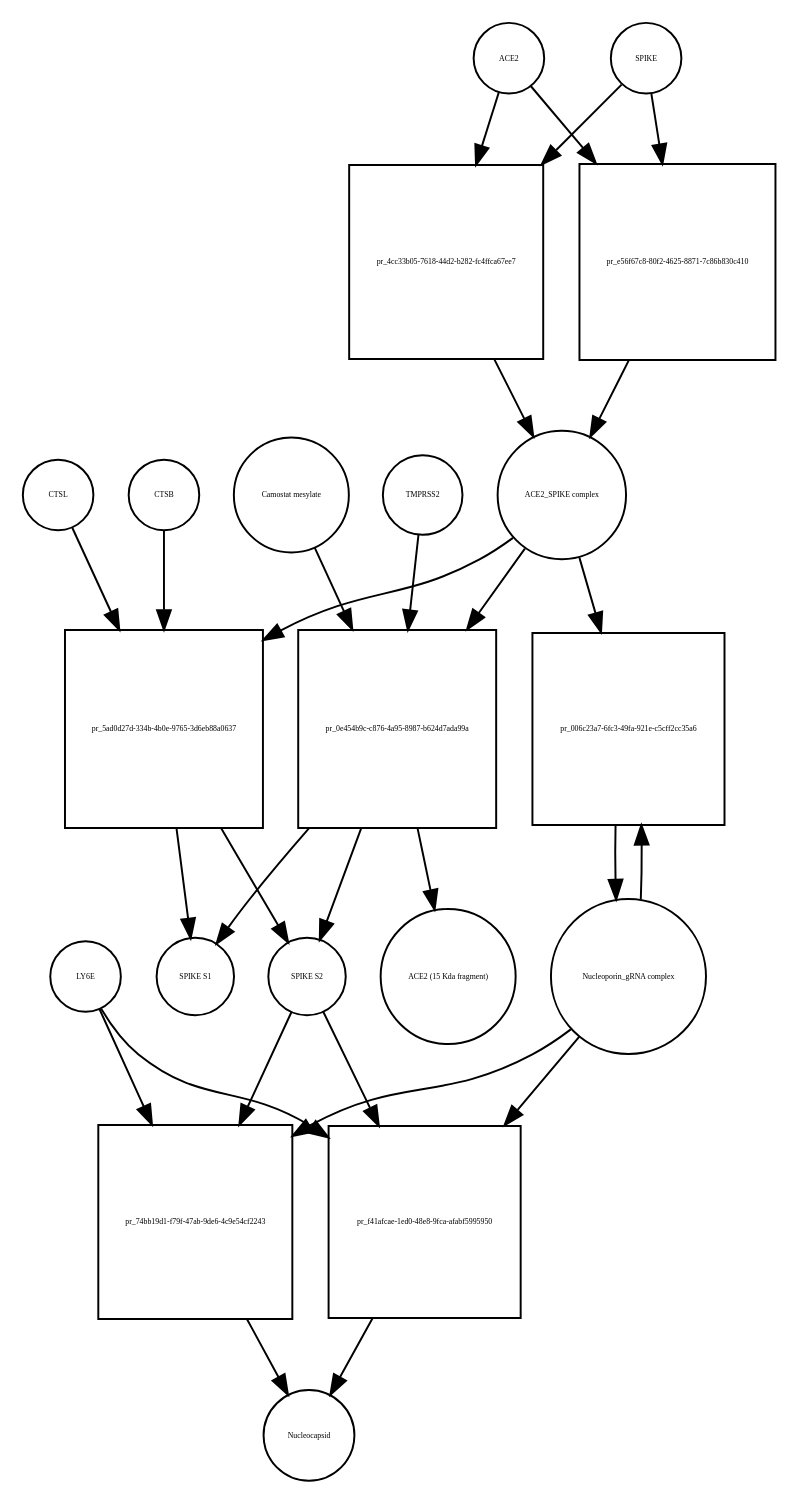
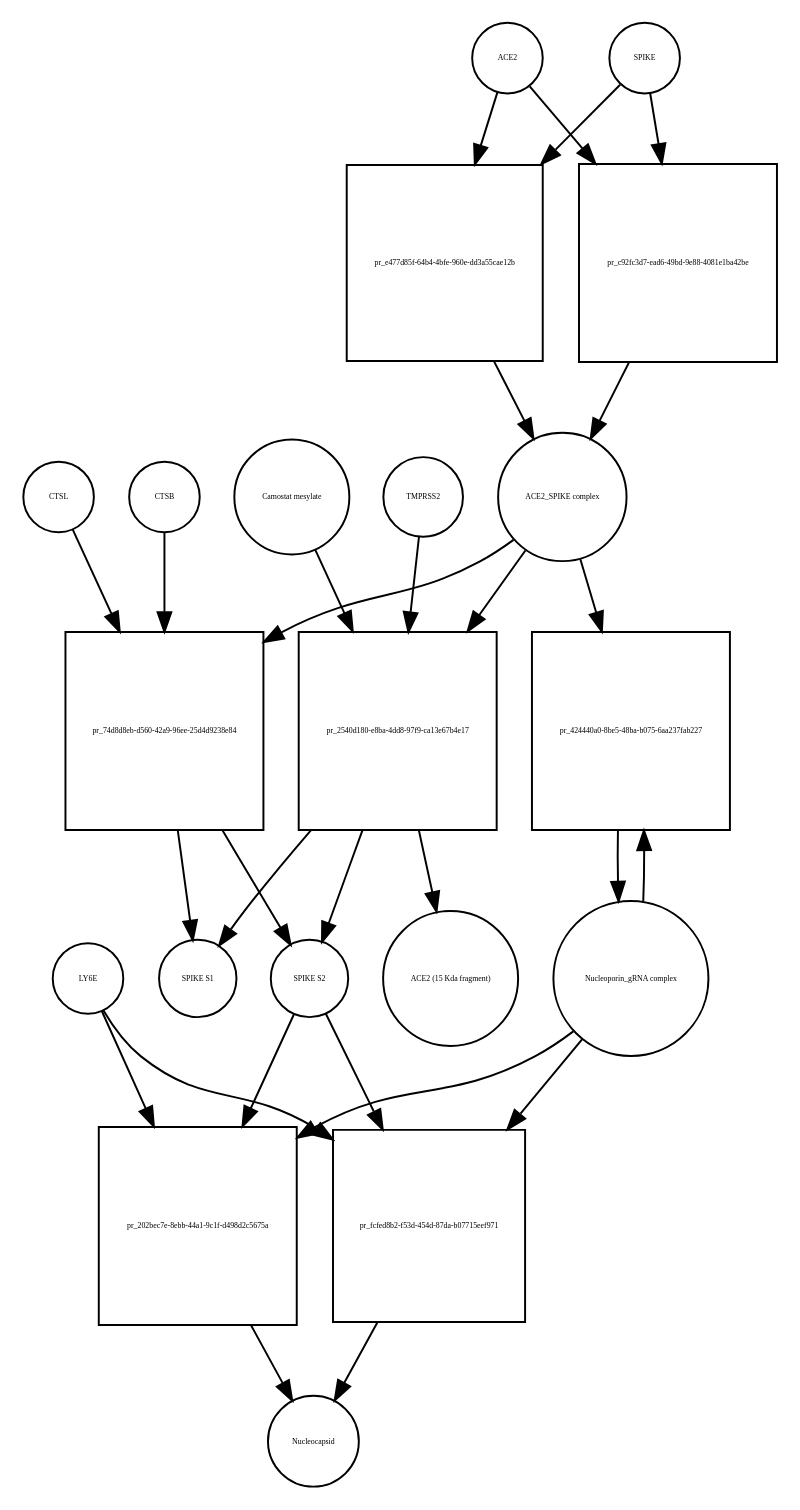
One commit to cannin/covid19-sbgn changed the diagram in Virus_replication_cycle_V01.xml_bipartite.dot. Above: the diagram before and after it, drawn with Graphviz. The commit also changed 564 other files, not shown here.

```diff
--- a/Virus_replication_cycle_V01.xml_bipartite.dot
+++ b/Virus_replication_cycle_V01.xml_bipartite.dot
@@ -1,50 +1,50 @@
 strict digraph  {
 ACE2 [annotation="", bipartite=0, cls=macromolecule, fontsize=4, label=ACE2, shape=circle];
-"pr_4cc33b05-7618-44d2-b282-fc4ffca67ee7" [annotation="", bipartite=1, cls=process, fontsize=4, label="pr_4cc33b05-7618-44d2-b282-fc4ffca67ee7", shape=square];
+"pr_e477d85f-64b4-4bfe-960e-dd3a55cae12b" [annotation="", bipartite=1, cls=process, fontsize=4, label="pr_e477d85f-64b4-4bfe-960e-dd3a55cae12b", shape=square];
 "ACE2_SPIKE complex" [annotation="", bipartite=0, cls=complex, fontsize=4, label="ACE2_SPIKE complex", shape=circle];
 SPIKE [annotation="", bipartite=0, cls="macromolecule multimer", fontsize=4, label=SPIKE, shape=circle];
 "Nucleoporin_gRNA complex " [annotation="", bipartite=0, cls=complex, fontsize=4, label="Nucleoporin_gRNA complex ", shape=circle];
-"pr_006c23a7-6fc3-49fa-921e-c5cff2cc35a6" [annotation="", bipartite=1, cls=process, fontsize=4, label="pr_006c23a7-6fc3-49fa-921e-c5cff2cc35a6", shape=square];
-"pr_5ad0d27d-334b-4b0e-9765-3d6eb88a0637" [annotation="", bipartite=1, cls=process, fontsize=4, label="pr_5ad0d27d-334b-4b0e-9765-3d6eb88a0637", shape=square];
+"pr_424440a0-8be5-48ba-b075-6aa237fab227" [annotation="", bipartite=1, cls=process, fontsize=4, label="pr_424440a0-8be5-48ba-b075-6aa237fab227", shape=square];
+"pr_74d8d8eb-d560-42a9-96ee-25d4d9238e84" [annotation="", bipartite=1, cls=process, fontsize=4, label="pr_74d8d8eb-d560-42a9-96ee-25d4d9238e84", shape=square];
 "SPIKE S2" [annotation="", bipartite=0, cls=macromolecule, fontsize=4, label="SPIKE S2", shape=circle];
 CTSB [annotation="", bipartite=0, cls=macromolecule, fontsize=4, label=CTSB, shape=circle];
 CTSL [annotation="", bipartite=0, cls=macromolecule, fontsize=4, label=CTSL, shape=circle];
 "SPIKE S1" [annotation="", bipartite=0, cls=macromolecule, fontsize=4, label="SPIKE S1", shape=circle];
-"pr_74bb19d1-f79f-47ab-9de6-4c9e54cf2243" [annotation="", bipartite=1, cls=process, fontsize=4, label="pr_74bb19d1-f79f-47ab-9de6-4c9e54cf2243", shape=square];
+"pr_202bec7e-8ebb-44a1-9c1f-d498d2c5675a" [annotation="", bipartite=1, cls=process, fontsize=4, label="pr_202bec7e-8ebb-44a1-9c1f-d498d2c5675a", shape=square];
 Nucleocapsid [annotation="", bipartite=0, cls=complex, fontsize=4, label=Nucleocapsid, shape=circle];
 LY6E [annotation="", bipartite=0, cls=macromolecule, fontsize=4, label=LY6E, shape=circle];
-"pr_0e454b9c-c876-4a95-8987-b624d7ada99a" [annotation="", bipartite=1, cls=process, fontsize=4, label="pr_0e454b9c-c876-4a95-8987-b624d7ada99a", shape=square];
+"pr_2540d180-e8ba-4dd8-97f9-ca13e67b4e17" [annotation="", bipartite=1, cls=process, fontsize=4, label="pr_2540d180-e8ba-4dd8-97f9-ca13e67b4e17", shape=square];
 TMPRSS2 [annotation="", bipartite=0, cls=macromolecule, fontsize=4, label=TMPRSS2, shape=circle];
 "Camostat mesylate" [annotation="urn_miriam_pubchem.compound_2536", bipartite=0, cls="simple chemical", fontsize=4, label="Camostat mesylate", shape=circle];
 "ACE2 (15 Kda fragment)" [annotation="", bipartite=0, cls=macromolecule, fontsize=4, label="ACE2 (15 Kda fragment)", shape=circle];
-"pr_e56f67c8-80f2-4625-8871-7c86b830c410" [annotation="", bipartite=1, cls=process, fontsize=4, label="pr_e56f67c8-80f2-4625-8871-7c86b830c410", shape=square];
-"pr_f41afcae-1ed0-48e8-9fca-afabf5995950" [annotation="", bipartite=1, cls=process, fontsize=4, label="pr_f41afcae-1ed0-48e8-9fca-afabf5995950", shape=square];
-ACE2 -> "pr_4cc33b05-7618-44d2-b282-fc4ffca67ee7"  [annotation="", interaction_type=consumption];
-ACE2 -> "pr_e56f67c8-80f2-4625-8871-7c86b830c410"  [annotation="", interaction_type=consumption];
-"pr_4cc33b05-7618-44d2-b282-fc4ffca67ee7" -> "ACE2_SPIKE complex"  [annotation="", interaction_type=production];
-"ACE2_SPIKE complex" -> "pr_006c23a7-6fc3-49fa-921e-c5cff2cc35a6"  [annotation="urn_miriam_pubmed_32142651|urn_miriam_pubmed_32094589", interaction_type=stimulation];
-"ACE2_SPIKE complex" -> "pr_5ad0d27d-334b-4b0e-9765-3d6eb88a0637"  [annotation="", interaction_type=consumption];
-"ACE2_SPIKE complex" -> "pr_0e454b9c-c876-4a95-8987-b624d7ada99a"  [annotation="", interaction_type=consumption];
-SPIKE -> "pr_4cc33b05-7618-44d2-b282-fc4ffca67ee7"  [annotation="", interaction_type=consumption];
-SPIKE -> "pr_e56f67c8-80f2-4625-8871-7c86b830c410"  [annotation="", interaction_type=consumption];
-"Nucleoporin_gRNA complex " -> "pr_006c23a7-6fc3-49fa-921e-c5cff2cc35a6"  [annotation="", interaction_type=consumption];
-"Nucleoporin_gRNA complex " -> "pr_74bb19d1-f79f-47ab-9de6-4c9e54cf2243"  [annotation="", interaction_type=consumption];
-"Nucleoporin_gRNA complex " -> "pr_f41afcae-1ed0-48e8-9fca-afabf5995950"  [annotation="", interaction_type=consumption];
-"pr_006c23a7-6fc3-49fa-921e-c5cff2cc35a6" -> "Nucleoporin_gRNA complex "  [annotation="", interaction_type=production];
-"pr_5ad0d27d-334b-4b0e-9765-3d6eb88a0637" -> "SPIKE S2"  [annotation="", interaction_type=production];
-"pr_5ad0d27d-334b-4b0e-9765-3d6eb88a0637" -> "SPIKE S1"  [annotation="", interaction_type=production];
-"SPIKE S2" -> "pr_74bb19d1-f79f-47ab-9de6-4c9e54cf2243"  [annotation="urn_miriam_doi_10.1101%2F2020.03.05.979260|urn_miriam_pubmed_32142651|urn_miriam_pubmed_32094589", interaction_type=stimulation];
-"SPIKE S2" -> "pr_f41afcae-1ed0-48e8-9fca-afabf5995950"  [annotation="urn_miriam_doi_10.1101%2F2020.03.05.979260", interaction_type=stimulation];
-CTSB -> "pr_5ad0d27d-334b-4b0e-9765-3d6eb88a0637"  [annotation=urn_miriam_pubmed_32142651, interaction_type=catalysis];
-CTSL -> "pr_5ad0d27d-334b-4b0e-9765-3d6eb88a0637"  [annotation=urn_miriam_pubmed_32142651, interaction_type=catalysis];
-"pr_74bb19d1-f79f-47ab-9de6-4c9e54cf2243" -> Nucleocapsid  [annotation="", interaction_type=production];
-LY6E -> "pr_74bb19d1-f79f-47ab-9de6-4c9e54cf2243"  [annotation="urn_miriam_doi_10.1101%2F2020.03.05.979260|urn_miriam_pubmed_32142651|urn_miriam_pubmed_32094589", interaction_type=inhibition];
-LY6E -> "pr_f41afcae-1ed0-48e8-9fca-afabf5995950"  [annotation="urn_miriam_doi_10.1101%2F2020.03.05.979260", interaction_type=inhibition];
-"pr_0e454b9c-c876-4a95-8987-b624d7ada99a" -> "SPIKE S2"  [annotation="", interaction_type=production];
-"pr_0e454b9c-c876-4a95-8987-b624d7ada99a" -> "SPIKE S1"  [annotation="", interaction_type=production];
-"pr_0e454b9c-c876-4a95-8987-b624d7ada99a" -> "ACE2 (15 Kda fragment)"  [annotation="", interaction_type=production];
-TMPRSS2 -> "pr_0e454b9c-c876-4a95-8987-b624d7ada99a"  [annotation="urn_miriam_pubmed_32142651|urn_miriam_pubmed_32094589|urn_miriam_pubmed_24227843", interaction_type=catalysis];
-"Camostat mesylate" -> "pr_0e454b9c-c876-4a95-8987-b624d7ada99a"  [annotation="urn_miriam_pubmed_32142651|urn_miriam_pubmed_32094589|urn_miriam_pubmed_24227843", interaction_type=inhibition];
-"pr_e56f67c8-80f2-4625-8871-7c86b830c410" -> "ACE2_SPIKE complex"  [annotation="", interaction_type=production];
-"pr_f41afcae-1ed0-48e8-9fca-afabf5995950" -> Nucleocapsid  [annotation="", interaction_type=production];
+"pr_c92fc3d7-ead6-49bd-9e88-4081e1ba42be" [annotation="", bipartite=1, cls=process, fontsize=4, label="pr_c92fc3d7-ead6-49bd-9e88-4081e1ba42be", shape=square];
+"pr_fcfed8b2-f53d-454d-87da-b07715eef971" [annotation="", bipartite=1, cls=process, fontsize=4, label="pr_fcfed8b2-f53d-454d-87da-b07715eef971", shape=square];
+ACE2 -> "pr_e477d85f-64b4-4bfe-960e-dd3a55cae12b"  [annotation="", interaction_type=consumption];
+ACE2 -> "pr_c92fc3d7-ead6-49bd-9e88-4081e1ba42be"  [annotation="", interaction_type=consumption];
+"pr_e477d85f-64b4-4bfe-960e-dd3a55cae12b" -> "ACE2_SPIKE complex"  [annotation="", interaction_type=production];
+"ACE2_SPIKE complex" -> "pr_424440a0-8be5-48ba-b075-6aa237fab227"  [annotation="urn_miriam_pubmed_32142651|urn_miriam_pubmed_32094589", interaction_type=stimulation];
+"ACE2_SPIKE complex" -> "pr_74d8d8eb-d560-42a9-96ee-25d4d9238e84"  [annotation="", interaction_type=consumption];
+"ACE2_SPIKE complex" -> "pr_2540d180-e8ba-4dd8-97f9-ca13e67b4e17"  [annotation="", interaction_type=consumption];
+SPIKE -> "pr_e477d85f-64b4-4bfe-960e-dd3a55cae12b"  [annotation="", interaction_type=consumption];
+SPIKE -> "pr_c92fc3d7-ead6-49bd-9e88-4081e1ba42be"  [annotation="", interaction_type=consumption];
+"Nucleoporin_gRNA complex " -> "pr_424440a0-8be5-48ba-b075-6aa237fab227"  [annotation="", interaction_type=consumption];
+"Nucleoporin_gRNA complex " -> "pr_202bec7e-8ebb-44a1-9c1f-d498d2c5675a"  [annotation="", interaction_type=consumption];
+"Nucleoporin_gRNA complex " -> "pr_fcfed8b2-f53d-454d-87da-b07715eef971"  [annotation="", interaction_type=consumption];
+"pr_424440a0-8be5-48ba-b075-6aa237fab227" -> "Nucleoporin_gRNA complex "  [annotation="", interaction_type=production];
+"pr_74d8d8eb-d560-42a9-96ee-25d4d9238e84" -> "SPIKE S2"  [annotation="", interaction_type=production];
+"pr_74d8d8eb-d560-42a9-96ee-25d4d9238e84" -> "SPIKE S1"  [annotation="", interaction_type=production];
+"SPIKE S2" -> "pr_202bec7e-8ebb-44a1-9c1f-d498d2c5675a"  [annotation="urn_miriam_doi_10.1101%2F2020.03.05.979260|urn_miriam_pubmed_32142651|urn_miriam_pubmed_32094589", interaction_type=stimulation];
+"SPIKE S2" -> "pr_fcfed8b2-f53d-454d-87da-b07715eef971"  [annotation="urn_miriam_doi_10.1101%2F2020.03.05.979260", interaction_type=stimulation];
+CTSB -> "pr_74d8d8eb-d560-42a9-96ee-25d4d9238e84"  [annotation=urn_miriam_pubmed_32142651, interaction_type=catalysis];
+CTSL -> "pr_74d8d8eb-d560-42a9-96ee-25d4d9238e84"  [annotation=urn_miriam_pubmed_32142651, interaction_type=catalysis];
+"pr_202bec7e-8ebb-44a1-9c1f-d498d2c5675a" -> Nucleocapsid  [annotation="", interaction_type=production];
+LY6E -> "pr_202bec7e-8ebb-44a1-9c1f-d498d2c5675a"  [annotation="urn_miriam_doi_10.1101%2F2020.03.05.979260|urn_miriam_pubmed_32142651|urn_miriam_pubmed_32094589", interaction_type=inhibition];
+LY6E -> "pr_fcfed8b2-f53d-454d-87da-b07715eef971"  [annotation="urn_miriam_doi_10.1101%2F2020.03.05.979260", interaction_type=inhibition];
+"pr_2540d180-e8ba-4dd8-97f9-ca13e67b4e17" -> "SPIKE S2"  [annotation="", interaction_type=production];
+"pr_2540d180-e8ba-4dd8-97f9-ca13e67b4e17" -> "SPIKE S1"  [annotation="", interaction_type=production];
+"pr_2540d180-e8ba-4dd8-97f9-ca13e67b4e17" -> "ACE2 (15 Kda fragment)"  [annotation="", interaction_type=production];
+TMPRSS2 -> "pr_2540d180-e8ba-4dd8-97f9-ca13e67b4e17"  [annotation="urn_miriam_pubmed_32142651|urn_miriam_pubmed_32094589|urn_miriam_pubmed_24227843", interaction_type=catalysis];
+"Camostat mesylate" -> "pr_2540d180-e8ba-4dd8-97f9-ca13e67b4e17"  [annotation="urn_miriam_pubmed_32142651|urn_miriam_pubmed_32094589|urn_miriam_pubmed_24227843", interaction_type=inhibition];
+"pr_c92fc3d7-ead6-49bd-9e88-4081e1ba42be" -> "ACE2_SPIKE complex"  [annotation="", interaction_type=production];
+"pr_fcfed8b2-f53d-454d-87da-b07715eef971" -> Nucleocapsid  [annotation="", interaction_type=production];
 }
```
